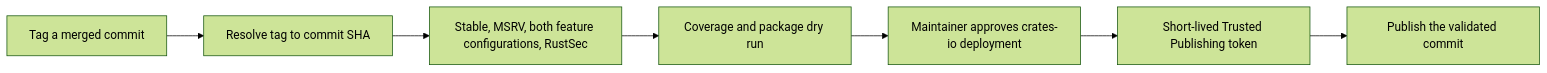
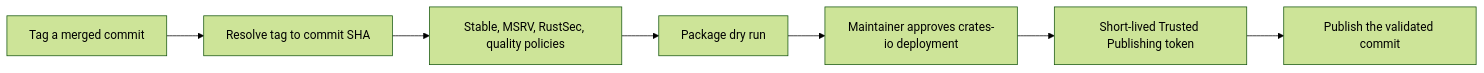
Before and after one commit to OneTesseractInMultiverse/restqs: the diagram in docs/publishing.md, drawn with Mermaid (forest theme). The commit also changed other lines of this file and 17 other files, not shown here.

First line of the commit message:
Enforce coverage and single-assertion test policies (#31) (#64)

````diff
--- a/docs/publishing.md
+++ b/docs/publishing.md
@@ -15,9 +15,9 @@
 ```mermaid
 flowchart LR
   tag["Tag a merged commit"] --> resolve["Resolve tag to commit SHA"]
-  resolve --> checks["Stable, MSRV, both feature configurations, RustSec"]
-  checks --> package["Coverage and package dry run"]
+  resolve --> checks["Stable, MSRV, RustSec, quality policies"]
+  checks --> package["Package dry run"]
   package --> approval["Maintainer approves crates-io deployment"]
   approval --> auth["Short-lived Trusted Publishing token"]
   auth --> publish["Publish the validated commit"]
 ```
````
